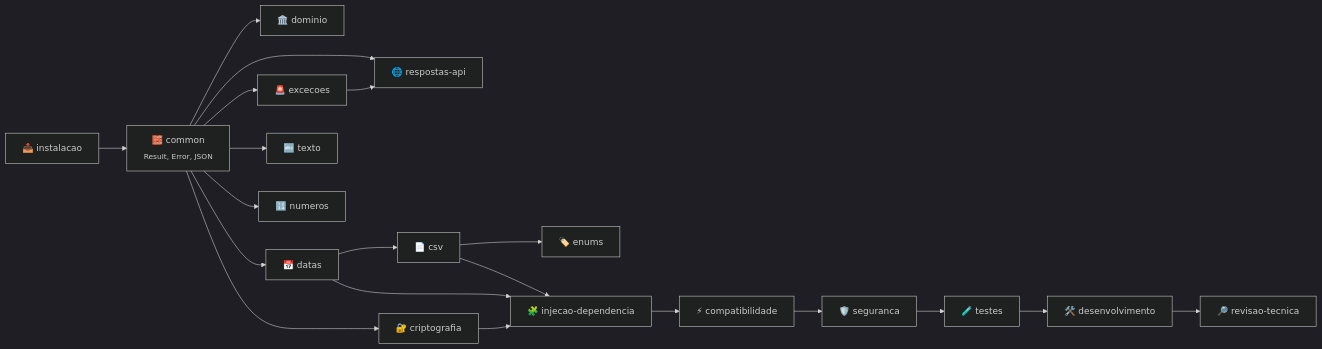
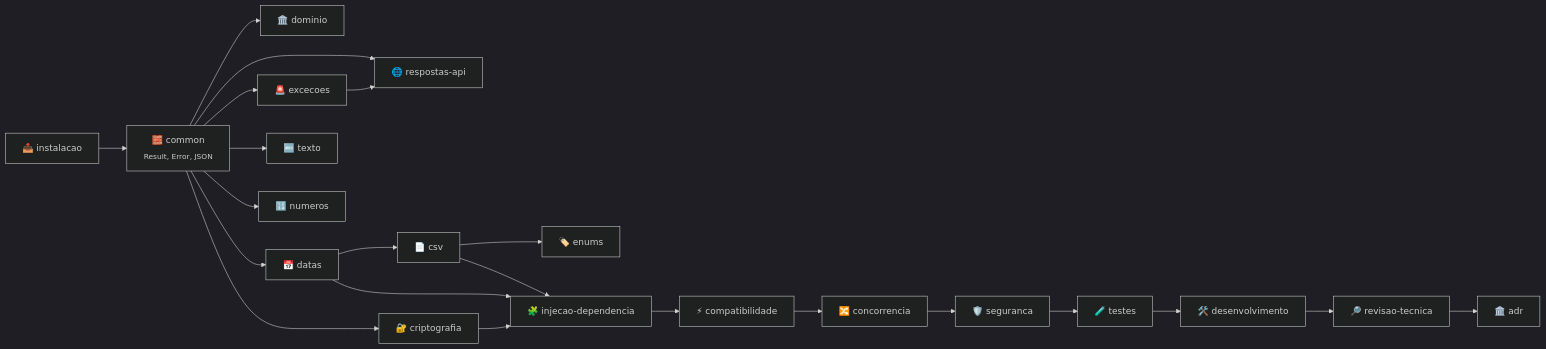
The first of 2 diagrams in docs/README.md (tudoemcodigo/lib-tec-core), drawn with Mermaid (dark theme) before and after one commit. The commit also changed other lines of this file and 56 other files, not shown here.

````diff
--- a/docs/README.md
+++ b/docs/README.md
@@ -46,22 +50,24 @@
 ```mermaid
 flowchart LR
     I["📥 instalacao"] --> CM["🧱 common<br/><sub>Result, Error, JSON</sub>"]
     CM --> DO["🏛️ dominio"]
     CM --> R["🌐 respostas-api"]
     CM --> E["🚨 excecoes"]
     E --> R
     CM --> T["🔤 texto"]
     CM --> N["🔢 numeros"]
     CM --> D["📅 datas"]
     D --> CSV["📄 csv"]
     CSV --> EN["🏷️ enums"]
     CM --> C["🔐 criptografia"]
     C --> DI["🧩 injecao-dependencia"]
     CSV --> DI
     D --> DI
     DI --> CO["⚡ compatibilidade"]
-    CO --> S["🛡️ seguranca"]
+    CO --> CC["🔀 concorrencia"]
+    CC --> S["🛡️ seguranca"]
     S --> TS["🧪 testes"]
     TS --> DV["🛠️ desenvolvimento"]
     DV --> RT["🔎 revisao-tecnica"]
+    RT --> ADR["🏛️ adr"]
 ```
````
